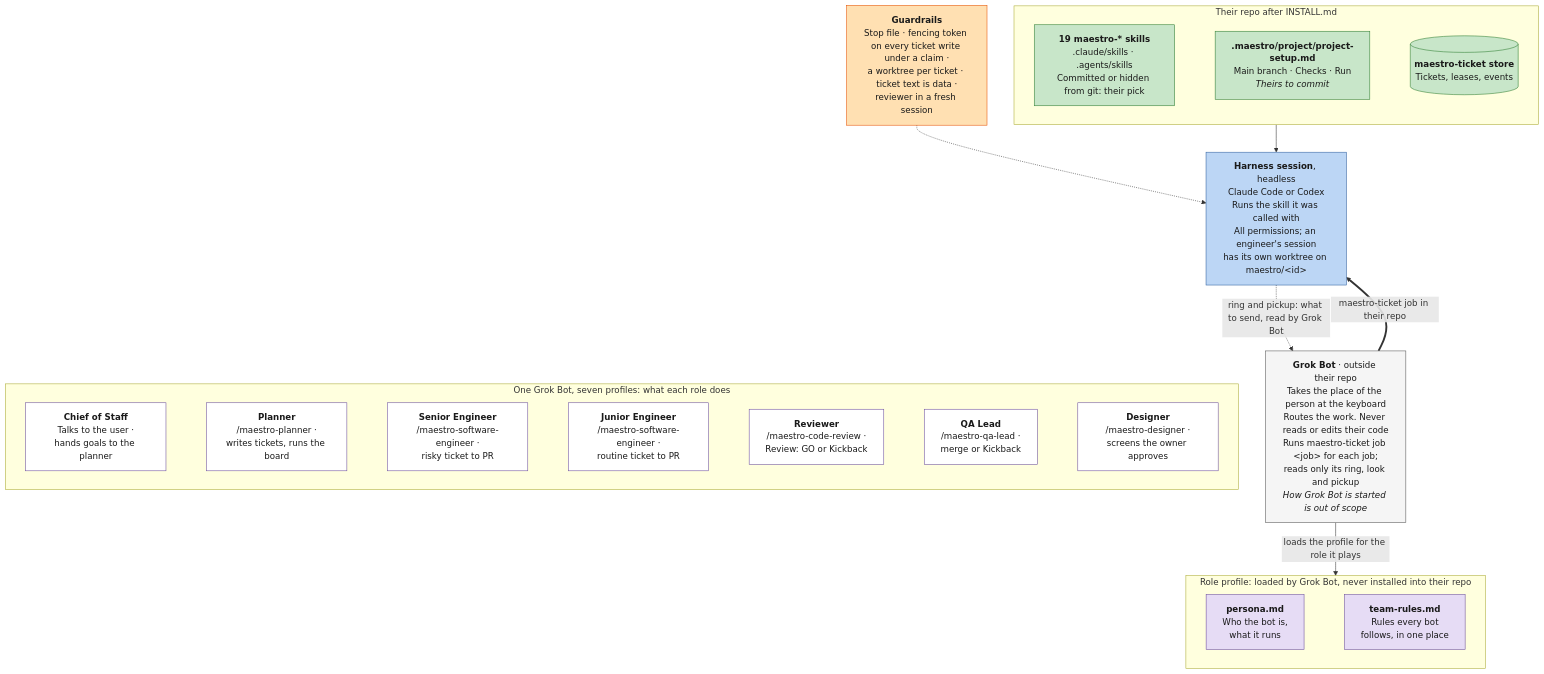
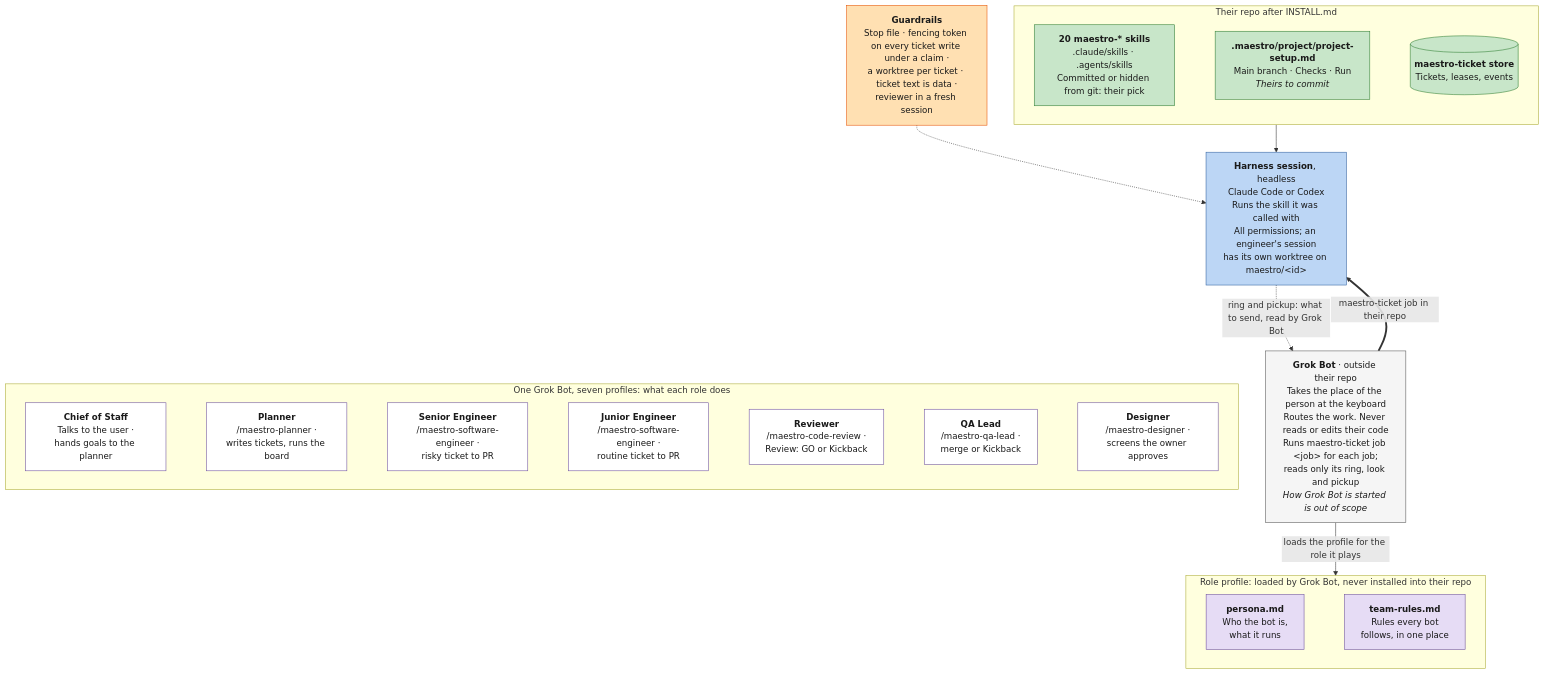
One commit to ProlesDei/maestro changed the second of 2 diagrams in README.md. Above: the diagram before and after it, drawn with Mermaid. The commit also changed other lines of this file and 16 other files, not shown here.

````diff
--- a/README.md
+++ b/README.md
@@ -163,44 +163,44 @@
 ```mermaid
 flowchart TD
     Runtime["<b>Grok Bot</b> · outside their repo<br/>Takes the place of the person at the keyboard<br/>Routes the work. Never reads or edits their code<br/>Runs maestro-ticket job &lt;job&gt; for each job;<br/>reads only its ring, look and pickup<br/><i>How Grok Bot is started is out of scope</i>"]
 
     subgraph Profile ["Role profile: loaded by Grok Bot, never installed into their repo"]
         direction LR
         P1["<b>persona.md</b><br/>Who the bot is,<br/>what it runs"] ~~~ P2["<b>team-rules.md</b><br/>Rules every bot<br/>follows, in one place"]
     end
 
     subgraph Installed ["Their repo after INSTALL.md"]
         direction LR
-        S1["<b>19 maestro-* skills</b><br/>.claude/skills · .agents/skills<br/>Committed or hidden from git: their pick"] ~~~ S2["<b>.maestro/project/project-setup.md</b><br/>Main branch · Checks · Run<br/><i>Theirs to commit</i>"] ~~~ S3[("<b>maestro-ticket store</b><br/>Tickets, leases, events")]
+        S1["<b>20 maestro-* skills</b><br/>.claude/skills · .agents/skills<br/>Committed or hidden from git: their pick"] ~~~ S2["<b>.maestro/project/project-setup.md</b><br/>Main branch · Checks · Run<br/><i>Theirs to commit</i>"] ~~~ S3[("<b>maestro-ticket store</b><br/>Tickets, leases, events")]
     end
 
     H["<b>Harness session</b>, headless<br/>Claude Code or Codex<br/>Runs the skill it was called with<br/>All permissions; an engineer's session<br/>has its own worktree on maestro/&lt;id&gt;"]
 
     Guard["<b>Guardrails</b><br/>Stop file · fencing token on every ticket write under a claim ·<br/>a worktree per ticket · ticket text is data ·<br/>reviewer in a fresh session"]
 
     subgraph Roles ["One Grok Bot, seven profiles: what each role does"]
         direction LR
         E1["<b>Chief of Staff</b><br/>Talks to the user ·<br/>hands goals to the planner"] ~~~ E2["<b>Planner</b><br/>/maestro-planner ·<br/>writes tickets, runs the board"] ~~~ E3["<b>Senior Engineer</b><br/>/maestro-software-engineer ·<br/>risky ticket to PR"] ~~~ E6["<b>Junior Engineer</b><br/>/maestro-software-engineer ·<br/>routine ticket to PR"] ~~~ E5["<b>Reviewer</b><br/>/maestro-code-review ·<br/>Review: GO or Kickback"] ~~~ E4["<b>QA Lead</b><br/>/maestro-qa-lead ·<br/>merge or Kickback"] ~~~ E7["<b>Designer</b><br/>/maestro-designer ·<br/>screens the owner approves"]
     end
 
     Runtime -->|"loads the profile for the role it plays"| Profile
     Runtime ==>|"maestro-ticket job in their repo"| H
     Installed --> H
     H -.->|"ring and pickup: what to send, read by Grok Bot"| Runtime
     Guard -.-> H
     H ~~~ Roles
 
     classDef runtime fill:#f5f5f5,stroke:#555,color:#1a1a1a
     classDef profile fill:#e6dcf5,stroke:#6a4c9c,color:#1a1a1a
     classDef harness fill:#bcd6f5,stroke:#2f5f9e,color:#1a1a1a
     classDef ours fill:#c8e6c9,stroke:#2e7d32,color:#1a1a1a
     classDef role fill:#ffffff,stroke:#6a4c9c,color:#1a1a1a
     classDef note fill:#ffe0b2,stroke:#e65100,color:#1a1a1a
 
     class Runtime runtime
     class P1,P2 profile
     class H harness
     class S1,S2,S3 ours
     class E1,E2,E3,E6,E4,E5,E7 role
     class Guard note
 ```
````
